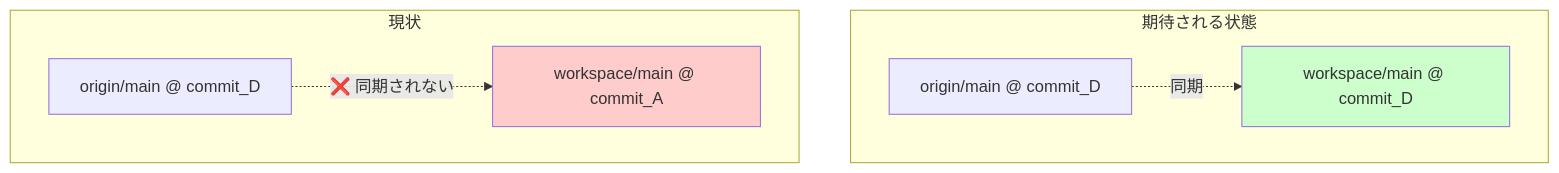
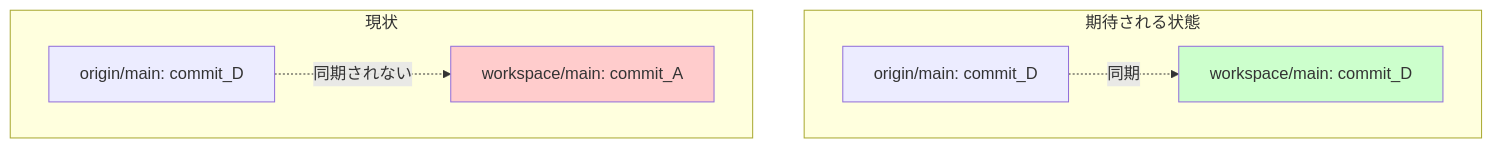
One commit to hampen2929/zloth changed the fourth of 9 diagrams in docs/git_operation.md. Above: the diagram before and after it, drawn with Mermaid. The commit also changed other lines of this file, not shown here.

Commit message:
fix: MermaidのパースエラーとなるAt記号を修正
ノードラベル内の`@`記号がMermaidでパースエラーを起こすため、
`:`や日本語表現に置き換え。

https://claude.ai/code/session_012FHHdm2aWtR2BYcz4kvrvv

````diff
--- a/docs/git_operation.md
+++ b/docs/git_operation.md
@@ -145,17 +145,17 @@
 ```mermaid
 graph TB
     subgraph 期待["期待される状態"]
-        E_MAIN["origin/main @ commit_D"]
-        E_WS["workspace/main @ commit_D"]
+        E_MAIN["origin/main: commit_D"]
+        E_WS["workspace/main: commit_D"]
         E_MAIN -.->|同期| E_WS
     end
 
     subgraph 現状["現状"]
-        C_MAIN["origin/main @ commit_D"]
-        C_WS["workspace/main @ commit_A"]
-        C_MAIN -.->|❌ 同期されない| C_WS
+        C_MAIN["origin/main: commit_D"]
+        C_WS["workspace/main: commit_A"]
+        C_MAIN -.->|同期されない| C_WS
     end
 
     style C_WS fill:#ffcccc
     style E_WS fill:#ccffcc
 ```
````
